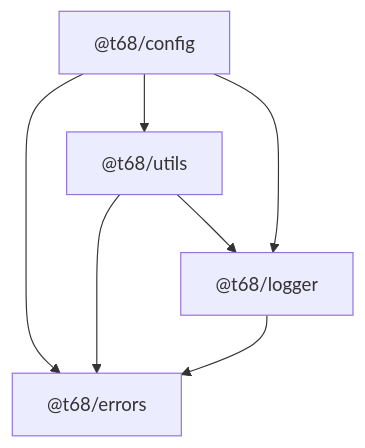
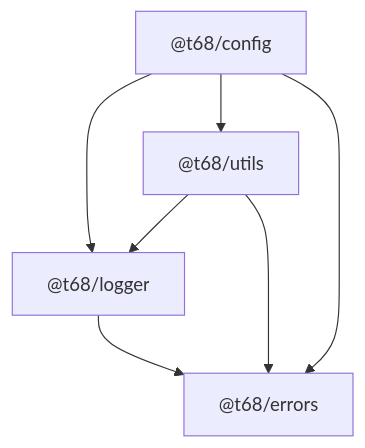
Before and after one commit to fabianopinto/ts-common: the diagram in README.md, drawn with Mermaid. The commit also changed other lines of this file and 3 other files, not shown here.

Commit message:
docs: update README and add architecture docs for config package

````diff
--- a/README.md
+++ b/README.md
@@ -18,15 +18,15 @@
 ```mermaid
 graph TD
+  config["@t68/config"]
+  utils["@t68/utils"]
+  logger["@t68/logger"]
   errors["@t68/errors"]
-  config["@t68/config"]
-  logger["@t68/logger"]
-  utils["@t68/utils"]
 
   %% Internal package dependencies (direction: dependent --> dependency)
   logger --> errors
+  utils --> logger
   utils --> errors
-  utils --> logger
+  config --> logger
+  config --> utils
   config --> errors
-  config --> utils
-  config --> logger
 ```
````
